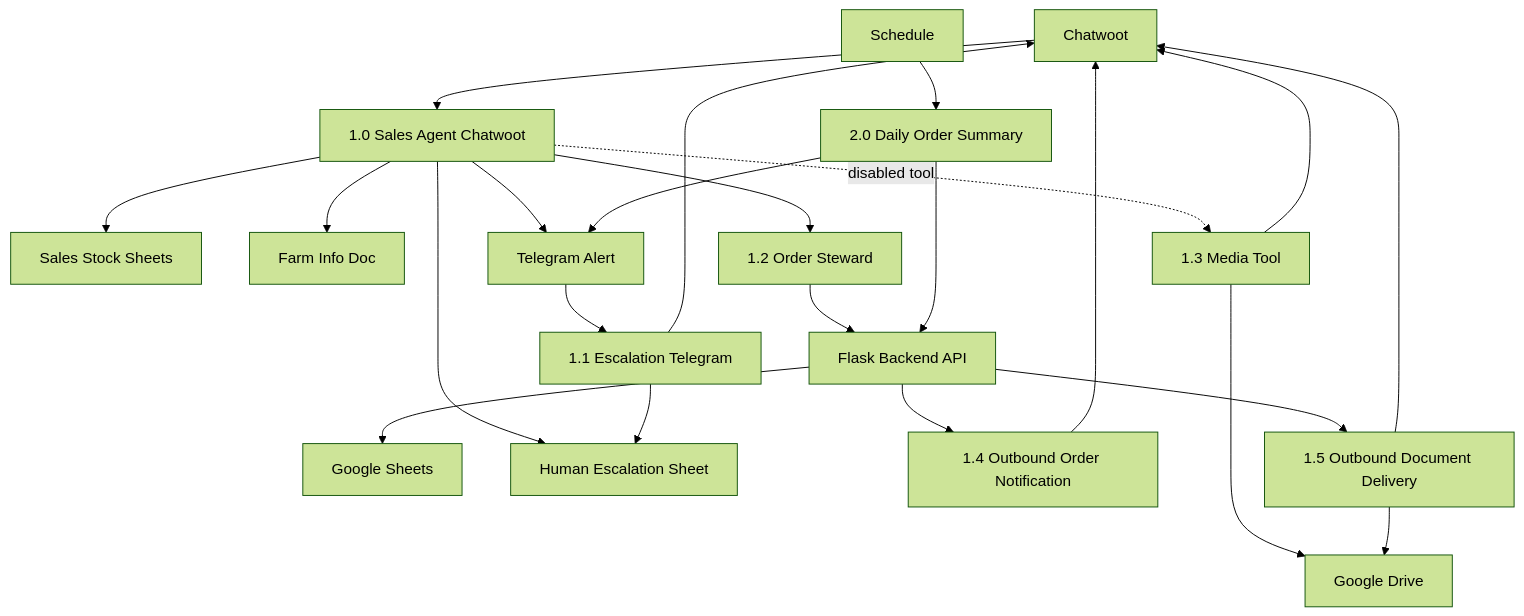
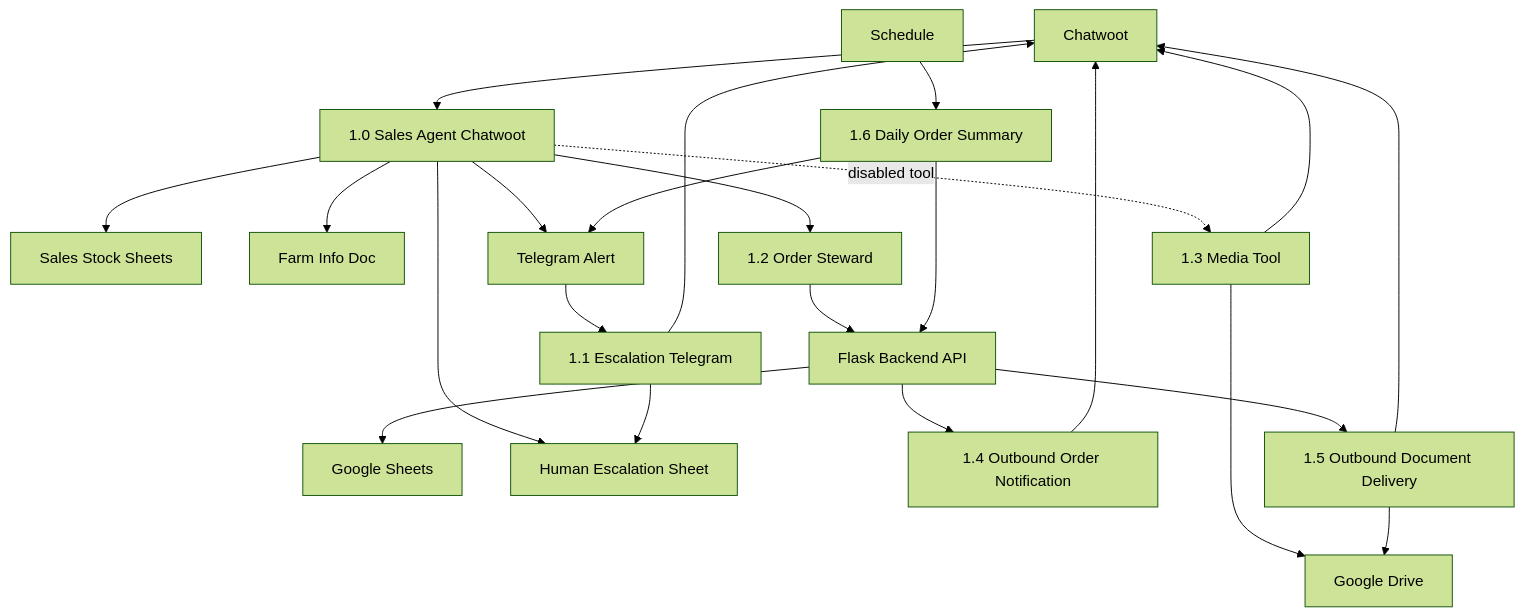
One commit to Crewless9086/amadeus-pig-tracking-system changed the diagram in docs/04-n8n/README.md. Above: the diagram before and after it, drawn with Mermaid (forest theme). The commit also changed other lines of this file and 7 other files, not shown here.

Commit message:
Codex - Phase 2.7 - Daily Summary v2

````diff
--- a/docs/04-n8n/README.md
+++ b/docs/04-n8n/README.md
@@ -42,25 +42,25 @@
 ```mermaid
 flowchart TD
   chatwoot[Chatwoot] --> workflow10["1.0 Sales Agent Chatwoot"]
   workflow10 --> sheetsSales["Sales Stock Sheets"]
   workflow10 --> farmDoc["Farm Info Doc"]
   workflow10 --> workflow12["1.2 Order Steward"]
   workflow12 --> backend["Flask Backend API"]
   backend --> googleSheets["Google Sheets"]
   workflow10 --> escalationSheet["Human Escalation Sheet"]
   workflow10 --> telegram[Telegram Alert]
   telegram --> workflow11["1.1 Escalation Telegram"]
   workflow11 --> chatwoot
   workflow11 --> escalationSheet
   workflow10 -. disabled tool .-> workflow13["1.3 Media Tool"]
   workflow13 --> googleDrive[Google Drive]
   workflow13 --> chatwoot
   backend --> workflow14["1.4 Outbound Order Notification"]
   workflow14 --> chatwoot
   backend --> workflow15["1.5 Outbound Document Delivery"]
   workflow15 --> googleDrive[Google Drive]
   workflow15 --> chatwoot
-  schedule["Schedule"] --> workflow20["2.0 Daily Order Summary"]
+  schedule["Schedule"] --> workflow20["1.6 Daily Order Summary"]
   workflow20 --> backend
   workflow20 --> telegram
 ```
````
